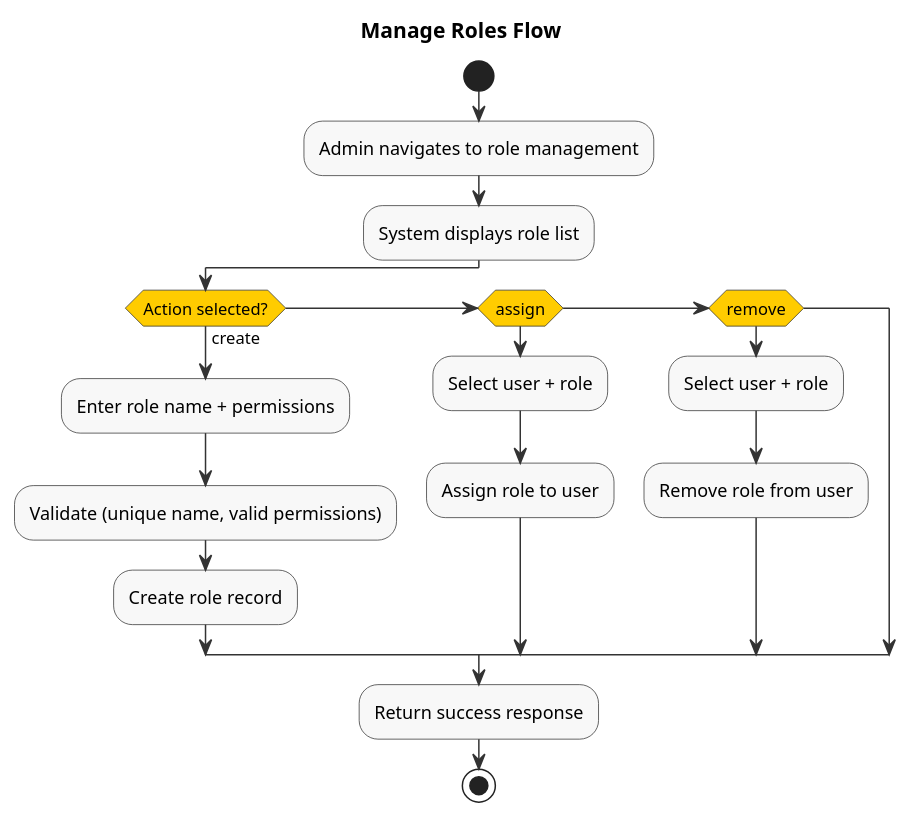
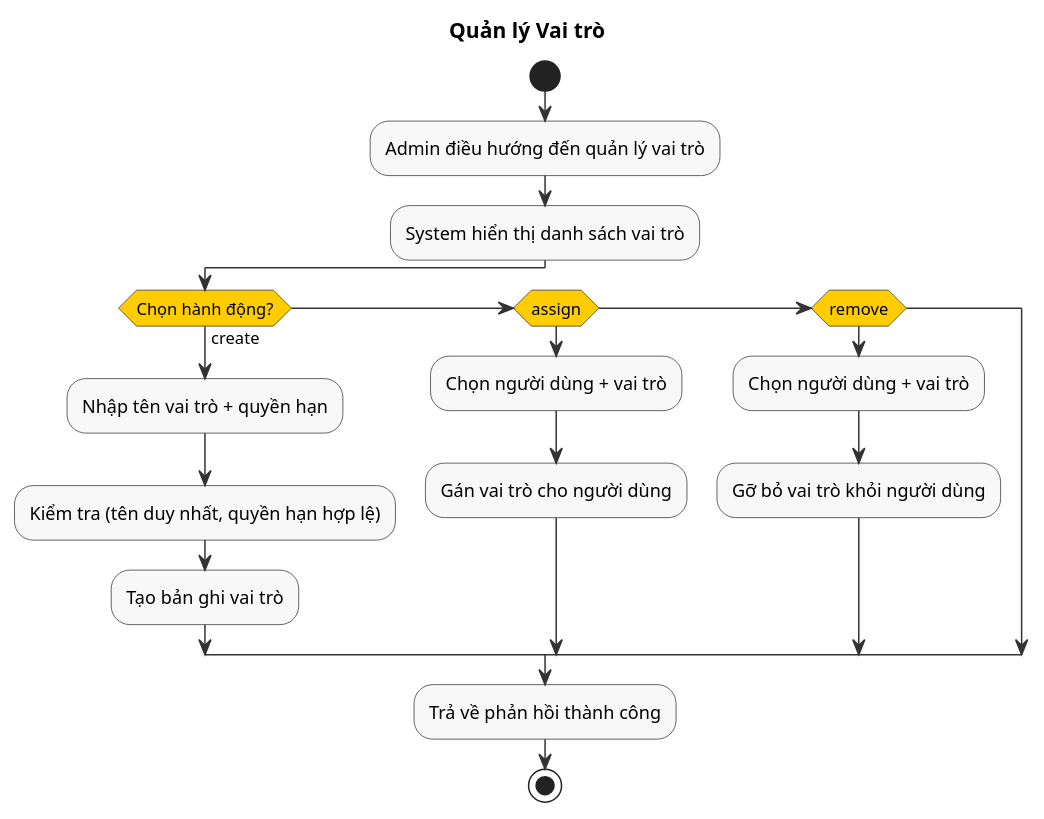
Before and after one commit to namnh240795/document: the diagram in modules/auth/diagrams/activity/manage-roles-activity.puml, drawn with PlantUML. The commit also changed 163 other files, not shown here.

```diff
--- a/modules/auth/diagrams/activity/manage-roles-activity.puml
+++ b/modules/auth/diagrams/activity/manage-roles-activity.puml
@@ -1,38 +1,38 @@
 @startuml
 ' ============================================================
-' Activity Diagram - Manage Roles Flow
+' Sơ đồ Hoạt động - Quản lý Vai trò
 ' ============================================================
 
 skinparam activity {
   BackgroundColor #F8F8F8
   BorderColor #333333
   ArrowColor #333333
   DiamondBackgroundColor #FFCC00
   DiamondBorderColor #333333
 }
 
-title Manage Roles Flow
+title Quản lý Vai trò
 
 start
 
-:Admin navigates to role management;
+:Admin điều hướng đến quản lý vai trò;
 
-:System displays role list;
+:System hiển thị danh sách vai trò;
 
-if (Action selected?) then (create)
-  :Enter role name + permissions;
-  :Validate (unique name, valid permissions);
-  :Create role record;
+if (Chọn hành động?) then (create)
+  :Nhập tên vai trò + quyền hạn;
+  :Kiểm tra (tên duy nhất, quyền hạn hợp lệ);
+  :Tạo bản ghi vai trò;
 elseif (assign) then
-  :Select user + role;
-  :Assign role to user;
+  :Chọn người dùng + vai trò;
+  :Gán vai trò cho người dùng;
 elseif (remove) then
-  :Select user + role;
-  :Remove role from user;
+  :Chọn người dùng + vai trò;
+  :Gỡ bỏ vai trò khỏi người dùng;
 endif
 
-:Return success response;
+:Trả về phản hồi thành công;
 
 stop
 
 @enduml
```
